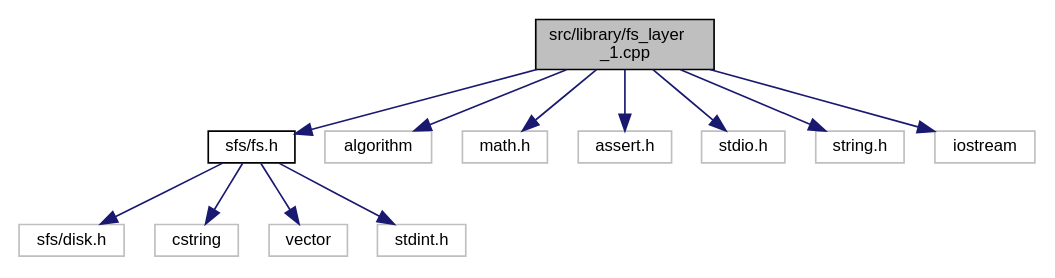
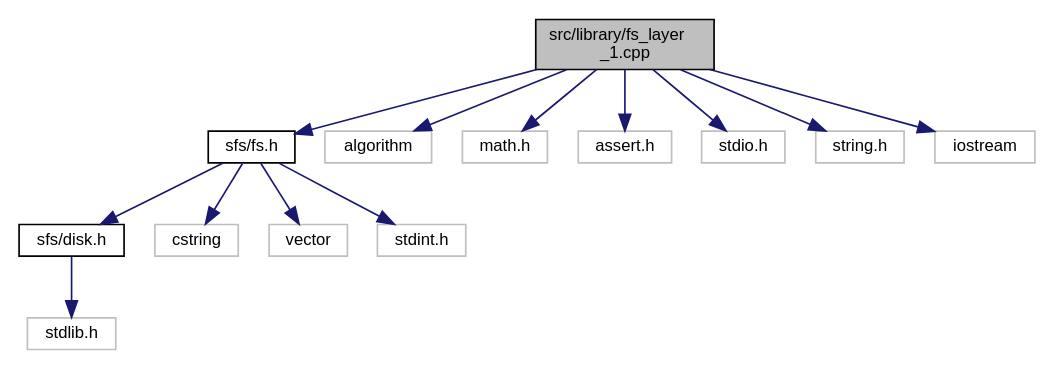
The diagram in docs/fs__layer__1_8cpp__incl.dot (rudradesai200/SimpleFS), drawn with Graphviz before and after one commit. The commit also changed 90 other files, not shown here.

Commit message:
Updated docs to include disk layer

```diff
--- a/docs/fs__layer__1_8cpp__incl.dot
+++ b/docs/fs__layer__1_8cpp__incl.dot
@@ -1,29 +1,31 @@
 digraph "src/library/fs_layer_1.cpp"
 {
  // LATEX_PDF_SIZE
   edge [fontname="Helvetica",fontsize="10",labelfontname="Helvetica",labelfontsize="10"];
   node [fontname="Helvetica",fontsize="10",shape=record];
   Node1 [label="src/library/fs_layer\l_1.cpp",height=0.2,width=0.4,color="black", fillcolor="grey75", style="filled", fontcolor="black",tooltip="Implementation of fs.h layer_1 functions."];
   Node1 -> Node2 [color="midnightblue",fontsize="10",style="solid",fontname="Helvetica"];
   Node2 [label="sfs/fs.h",height=0.2,width=0.4,color="black", fillcolor="white", style="filled",URL="$fs_8h_source.html",tooltip=" "];
   Node2 -> Node3 [color="midnightblue",fontsize="10",style="solid",fontname="Helvetica"];
-  Node3 [label="sfs/disk.h",height=0.2,width=0.4,color="grey75", fillcolor="white", style="filled",tooltip=" "];
-  Node2 -> Node4 [color="midnightblue",fontsize="10",style="solid",fontname="Helvetica"];
-  Node4 [label="cstring",height=0.2,width=0.4,color="grey75", fillcolor="white", style="filled",tooltip=" "];
+  Node3 [label="sfs/disk.h",height=0.2,width=0.4,color="black", fillcolor="white", style="filled",URL="$disk_8h.html",tooltip="Contains the implementation of disk layer to support File System."];
+  Node3 -> Node4 [color="midnightblue",fontsize="10",style="solid",fontname="Helvetica"];
+  Node4 [label="stdlib.h",height=0.2,width=0.4,color="grey75", fillcolor="white", style="filled",tooltip=" "];
   Node2 -> Node5 [color="midnightblue",fontsize="10",style="solid",fontname="Helvetica"];
-  Node5 [label="vector",height=0.2,width=0.4,color="grey75", fillcolor="white", style="filled",tooltip=" "];
+  Node5 [label="cstring",height=0.2,width=0.4,color="grey75", fillcolor="white", style="filled",tooltip=" "];
   Node2 -> Node6 [color="midnightblue",fontsize="10",style="solid",fontname="Helvetica"];
-  Node6 [label="stdint.h",height=0.2,width=0.4,color="grey75", fillcolor="white", style="filled",tooltip=" "];
-  Node1 -> Node7 [color="midnightblue",fontsize="10",style="solid",fontname="Helvetica"];
-  Node7 [label="algorithm",height=0.2,width=0.4,color="grey75", fillcolor="white", style="filled",tooltip=" "];
+  Node6 [label="vector",height=0.2,width=0.4,color="grey75", fillcolor="white", style="filled",tooltip=" "];
+  Node2 -> Node7 [color="midnightblue",fontsize="10",style="solid",fontname="Helvetica"];
+  Node7 [label="stdint.h",height=0.2,width=0.4,color="grey75", fillcolor="white", style="filled",tooltip=" "];
   Node1 -> Node8 [color="midnightblue",fontsize="10",style="solid",fontname="Helvetica"];
-  Node8 [label="math.h",height=0.2,width=0.4,color="grey75", fillcolor="white", style="filled",tooltip=" "];
+  Node8 [label="algorithm",height=0.2,width=0.4,color="grey75", fillcolor="white", style="filled",tooltip=" "];
   Node1 -> Node9 [color="midnightblue",fontsize="10",style="solid",fontname="Helvetica"];
-  Node9 [label="assert.h",height=0.2,width=0.4,color="grey75", fillcolor="white", style="filled",tooltip=" "];
+  Node9 [label="math.h",height=0.2,width=0.4,color="grey75", fillcolor="white", style="filled",tooltip=" "];
   Node1 -> Node10 [color="midnightblue",fontsize="10",style="solid",fontname="Helvetica"];
-  Node10 [label="stdio.h",height=0.2,width=0.4,color="grey75", fillcolor="white", style="filled",tooltip=" "];
+  Node10 [label="assert.h",height=0.2,width=0.4,color="grey75", fillcolor="white", style="filled",tooltip=" "];
   Node1 -> Node11 [color="midnightblue",fontsize="10",style="solid",fontname="Helvetica"];
-  Node11 [label="string.h",height=0.2,width=0.4,color="grey75", fillcolor="white", style="filled",tooltip=" "];
+  Node11 [label="stdio.h",height=0.2,width=0.4,color="grey75", fillcolor="white", style="filled",tooltip=" "];
   Node1 -> Node12 [color="midnightblue",fontsize="10",style="solid",fontname="Helvetica"];
-  Node12 [label="iostream",height=0.2,width=0.4,color="grey75", fillcolor="white", style="filled",tooltip=" "];
+  Node12 [label="string.h",height=0.2,width=0.4,color="grey75", fillcolor="white", style="filled",tooltip=" "];
+  Node1 -> Node13 [color="midnightblue",fontsize="10",style="solid",fontname="Helvetica"];
+  Node13 [label="iostream",height=0.2,width=0.4,color="grey75", fillcolor="white", style="filled",tooltip=" "];
 }
```
